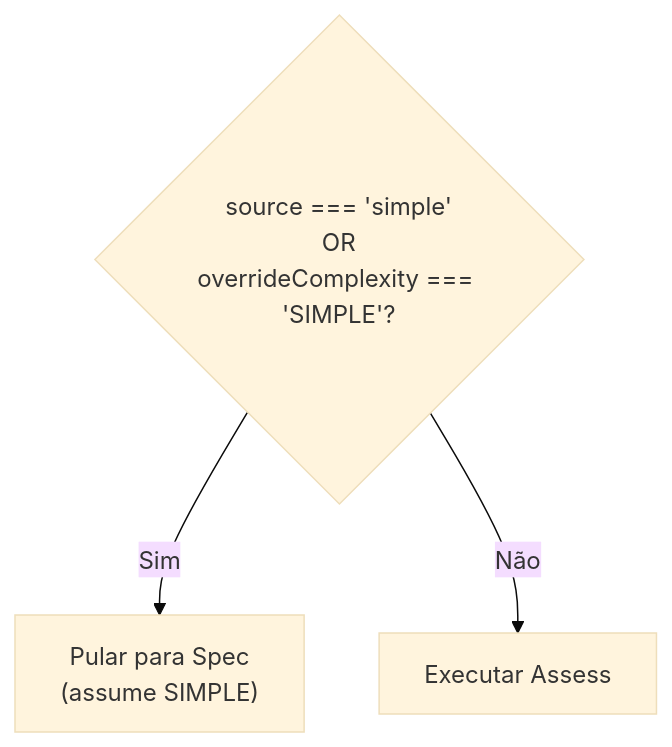
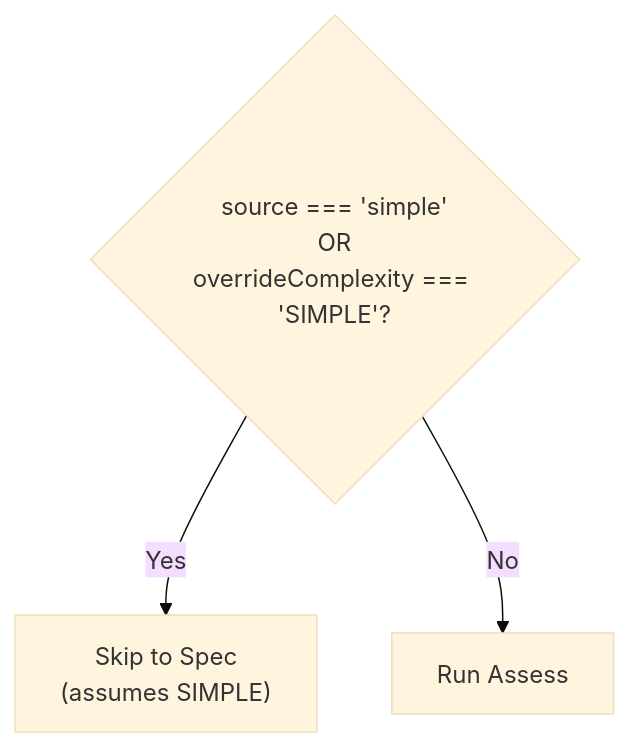
Before and after one commit to CyryxLabs/AEXOS: diagram 12 of 17 in docs/aexos-workflows/spec-pipeline-workflow.md, drawn with Mermaid (base theme). The commit also changed other lines of this file and 528 other files, not shown here.

````diff
--- a/docs/aexos-workflows/spec-pipeline-workflow.md
+++ b/docs/aexos-workflows/spec-pipeline-workflow.md
@@ -827,6 +827,6 @@
 ```mermaid
 flowchart TB
     D1{"source === 'simple'<br/>OR<br/>overrideComplexity === 'SIMPLE'?"}
-    D1 -->|Sim| SKIP["Pular para Spec<br/>(assume SIMPLE)"]
-    D1 -->|Não| RUN["Executar Assess"]
+    D1 -->|Yes| SKIP["Skip to Spec<br/>(assumes SIMPLE)"]
+    D1 -->|No| RUN["Run Assess"]
 ```
````
